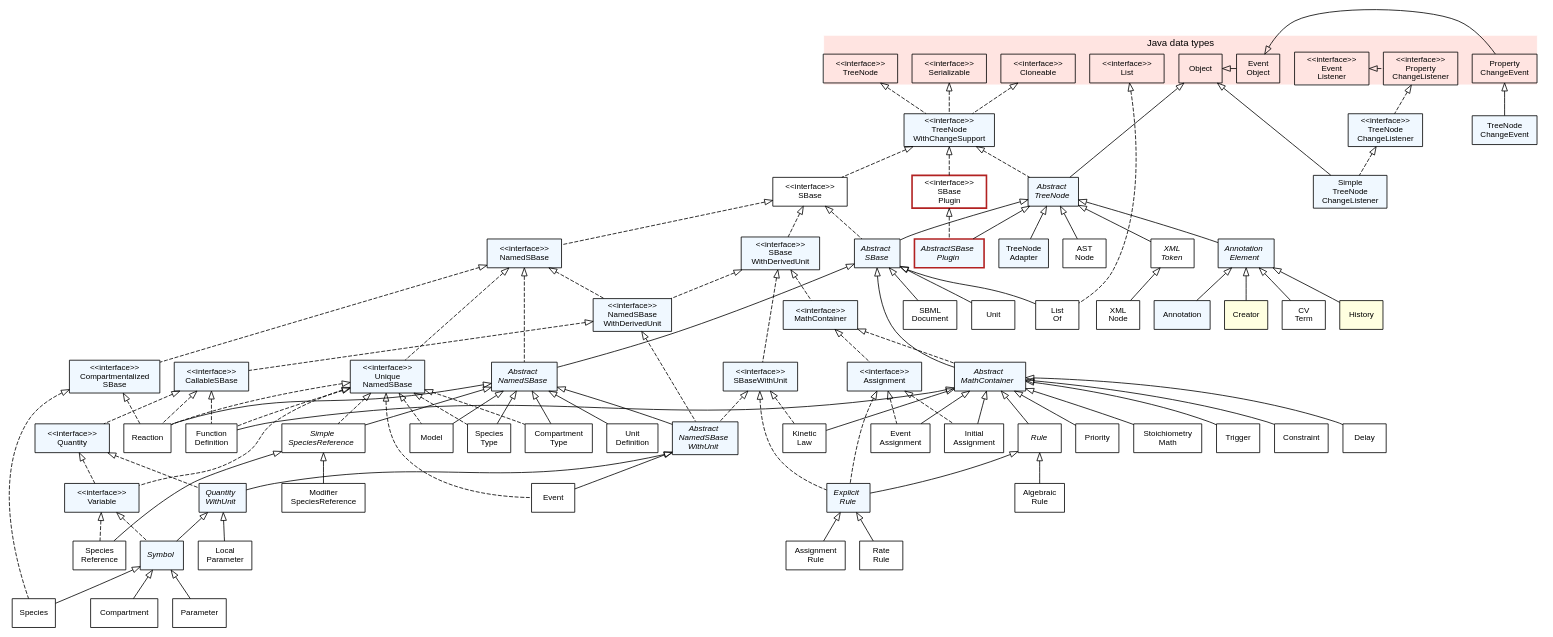
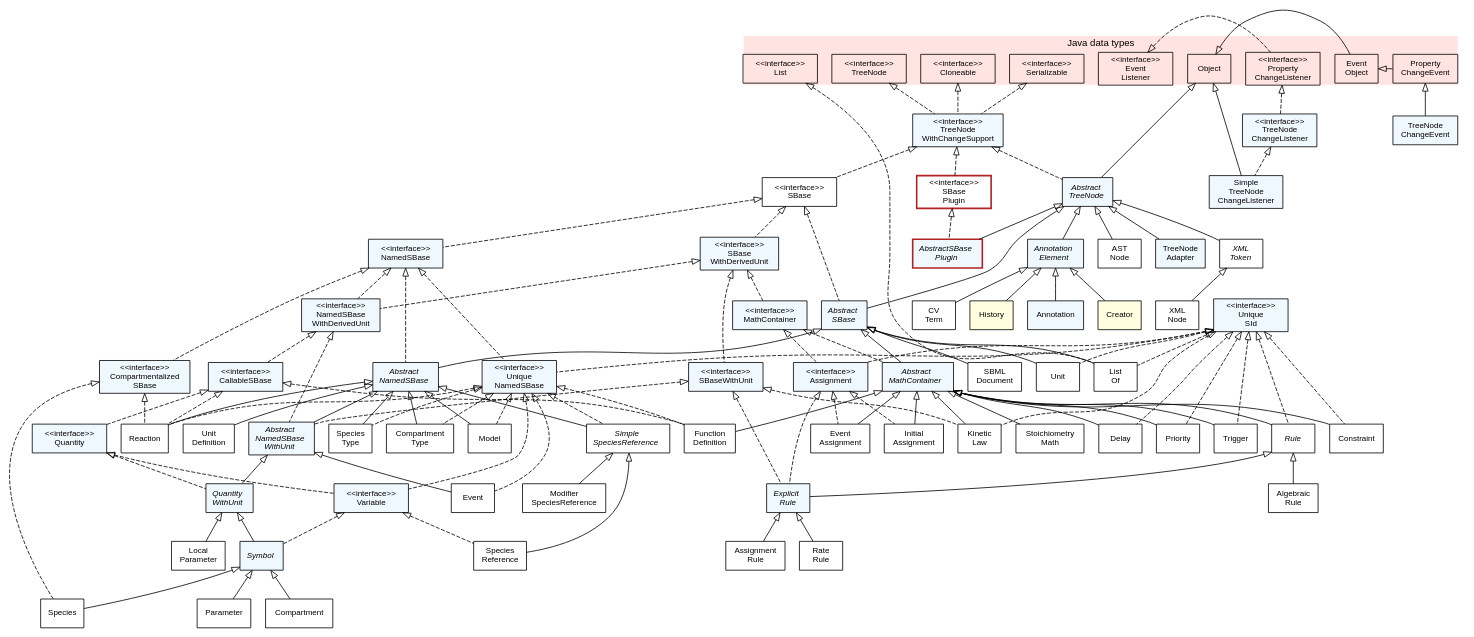
Before and after one commit to sbmlteam/jsbml: the diagram in doc/common/img/FullTypeHierarchy.dot, drawn with Graphviz. The commit also changed 2 other files, not shown here.

Commit message:
Updated type hierarchy graph to reflect the current situation after introduction of the new interface UniqueSId.

```diff
--- a/doc/common/img/FullTypeHierarchy.dot
+++ b/doc/common/img/FullTypeHierarchy.dot
@@ -79,6 +79,7 @@
   TreeNodeChangeListener                   [label="<<interface>>\nTreeNode\nChangeListener", style="filled", fillcolor="#F0F8FF"];
   TreeNodeWithChangeSupport                [label="<<interface>>\nTreeNode\nWithChangeSupport", style="filled", fillcolor="#F0F8FF"];
   UniqueNamedSBase                         [label="<<interface>>\nUnique\nNamedSBase", style="filled", fillcolor="#F0F8FF"];
+  UniqueSId                                [label="<<interface>>\nUnique\nSId", style="filled", fillcolor="#F0F8FF"];
   Variable                                 [label="<<interface>>\nVariable", style="filled", fillcolor="#F0F8FF"];
 
   /*
@@ -242,6 +243,16 @@
   UniqueNamedSBase           -> SimpleSpeciesReference       [dir=back,arrowtail=empty,style=dashed];
   UniqueNamedSBase           -> SpeciesType                  [dir=back,arrowtail=empty,style=dashed];
   UniqueNamedSBase           -> Variable                     [dir=back,arrowtail=empty,style=dashed];
+  UniqueSId                  -> Assignment                   [dir=back,arrowtail=empty,style=dashed];
+  UniqueSId                  -> Constraint                   [dir=back,arrowtail=empty,style=dashed];
+  UniqueSId                  -> Delay                        [dir=back,arrowtail=empty,style=dashed];
+  UniqueSId                  -> KineticLaw                   [dir=back,arrowtail=empty,style=dashed];
+  UniqueSId                  -> ListOf                       [dir=back,arrowtail=empty,style=dashed];
+  UniqueSId                  -> Priority                     [dir=back,arrowtail=empty,style=dashed];
+  UniqueSId                  -> Rule                         [dir=back,arrowtail=empty,style=dashed];
+  UniqueSId                  -> Trigger                      [dir=back,arrowtail=empty,style=dashed];
+  UniqueSId                  -> Unit                         [dir=back,arrowtail=empty,style=dashed];
+  UniqueSId                  -> UniqueNamedSBase             [dir=back,arrowtail=empty,style=dashed];
   Variable                   -> SpeciesReference             [dir=back,arrowtail=empty,style=dashed];
   Variable                   -> Symbol                       [dir=back,arrowtail=empty,style=dashed];
   XMLToken                   -> XMLNode                      [dir=back,arrowtail=empty];
```
